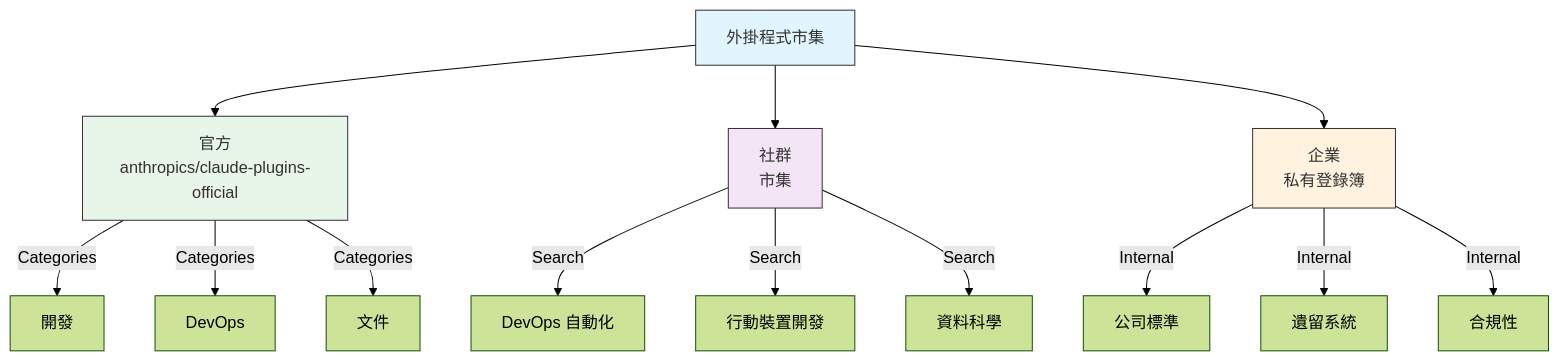
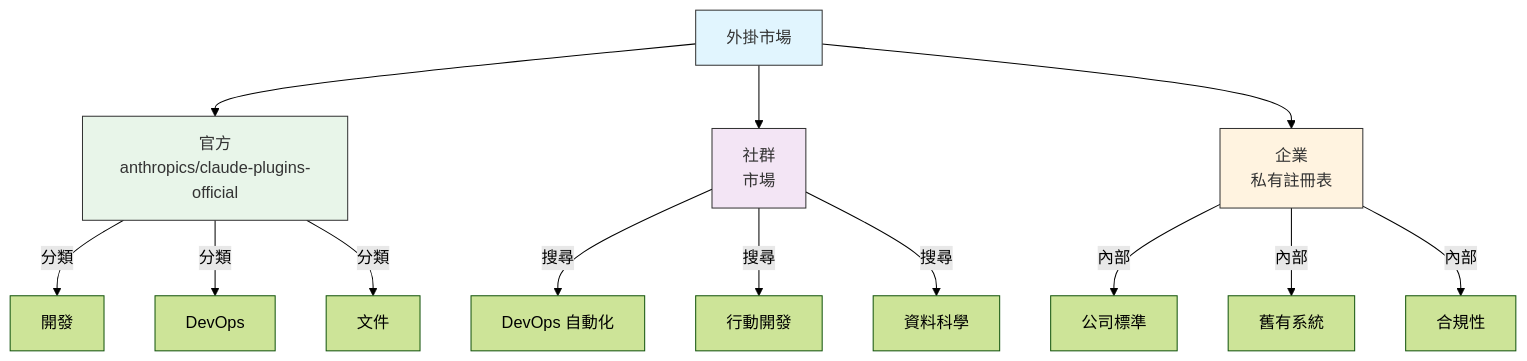
The third of 5 diagrams in 07-plugins/README.md (huckly/claude-howto-zh-tw), drawn with Mermaid (forest theme) before and after one commit. The commit also changed other lines of this file, not shown here.

````diff
--- a/07-plugins/README.md
+++ b/07-plugins/README.md
@@ -418,28 +448,28 @@
 ```mermaid
 graph TB
-    A["外掛程式市集"]
+    A["外掛市場"]
     B["官方<br/>anthropics/claude-plugins-official"]
-    C["社群<br/>市集"]
-    D["企業<br/>私有登錄簿"]
+    C["社群<br/>市場"]
+    D["企業<br/>私有註冊表"]
 
     A --> B
     A --> C
     A --> D
 
-    B -->|Categories| B1["開發"]
-    B -->|Categories| B2["DevOps"]
-    B -->|Categories| B3["文件"]
+    B -->|分類| B1["開發"]
+    B -->|分類| B2["DevOps"]
+    B -->|分類| B3["文件"]
 
-    C -->|Search| C1["DevOps 自動化"]
-    C -->|Search| C2["行動裝置開發"]
-    C -->|Search| C3["資料科學"]
+    C -->|搜尋| C1["DevOps 自動化"]
+    C -->|搜尋| C2["行動開發"]
+    C -->|搜尋| C3["資料科學"]
 
-    D -->|Internal| D1["公司標準"]
-    D -->|Internal| D2["遺留系統"]
-    D -->|Internal| D3["合規性"]
+    D -->|內部| D1["公司標準"]
+    D -->|內部| D2["舊有系統"]
+    D -->|內部| D3["合規性"]
 
     style A fill:#e1f5fe,stroke:#333,color:#333
     style B fill:#e8f5e9,stroke:#333,color:#333
     style C fill:#f3e5f5,stroke:#333,color:#333
     style D fill:#fff3e0,stroke:#333,color:#333
 ```
````
